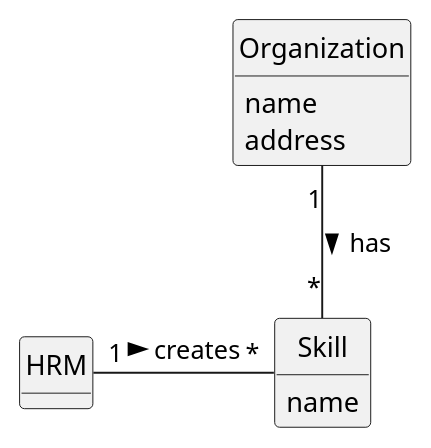
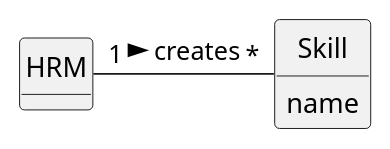
Before and after one commit to diogoveirospro/lei-24-s2-1dg-g072: the diagram in docs/sprintB/us001/02.analysis/puml/us001-domain-model.puml, drawn with PlantUML. The commit also changed 1 other file, not shown here.

```diff
--- a/docs/sprintB/us001/02.analysis/puml/us001-domain-model.puml
+++ b/docs/sprintB/us001/02.analysis/puml/us001-domain-model.puml
@@ -1,36 +1,31 @@
 @startuml
 skinparam monochrome true
 skinparam packageStyle rectangle
 skinparam shadowing false
 
 'left to right direction
 
 skinparam classAttributeIconSize 0
 
 hide circle
 hide methods
 
 
 
 class HRM {
 
 }
 
 class Skill {
     name
 }
 
 
-class Organization{
-    name
-    address
-}
 
 
 
 
 HRM "1  " - "*" Skill: creates >
-Organization "1" -- "*" Skill: has >
 
 
 @enduml
```
